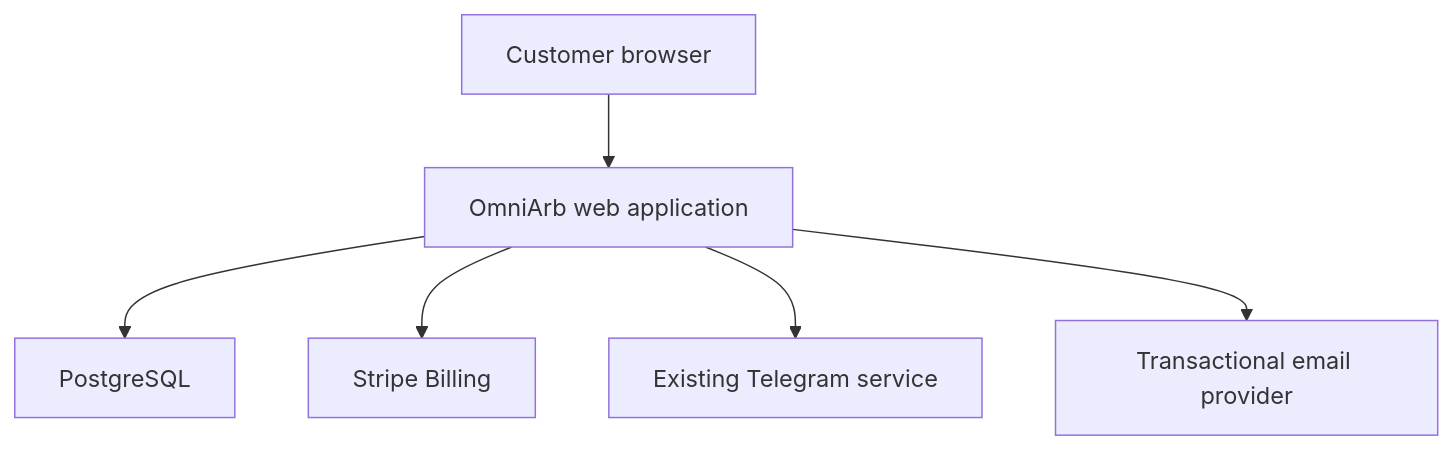
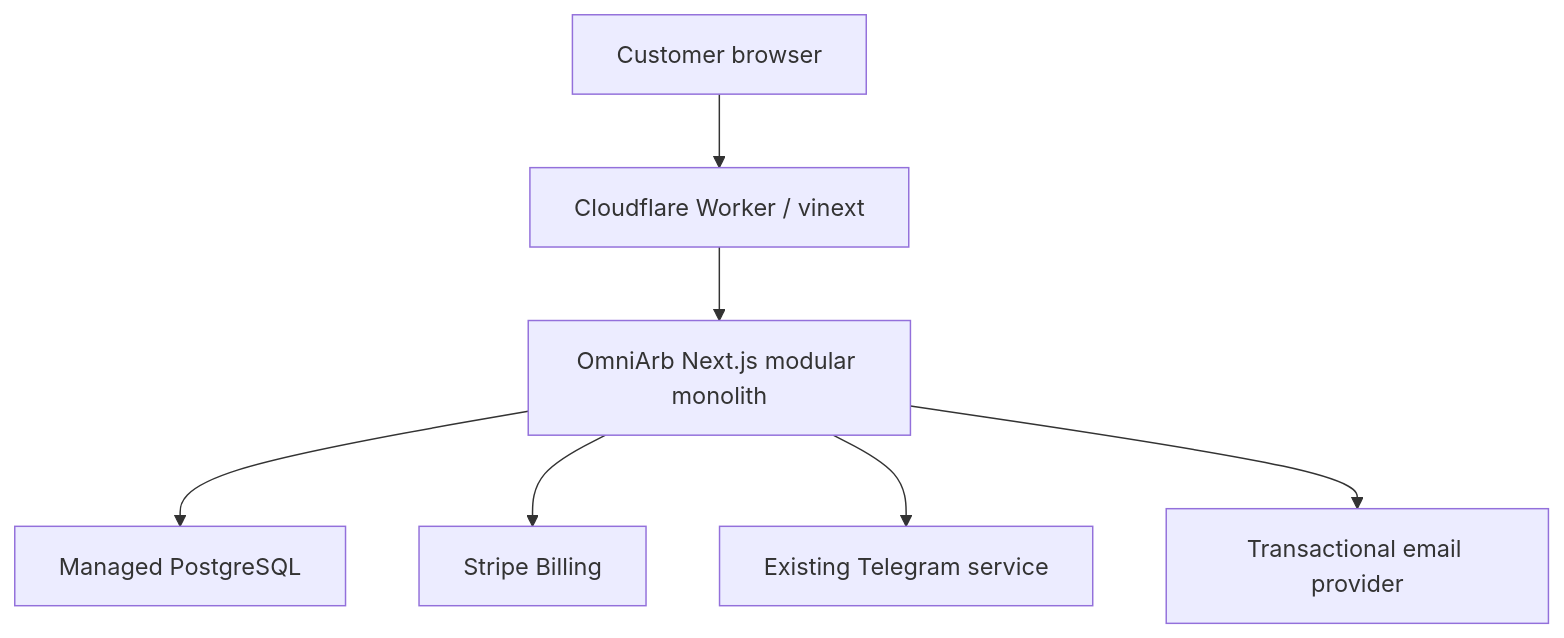
One commit to AleMidolo/OmniArb changed the first of 2 diagrams in docs/architecture.md. Above: the diagram before and after it, drawn with Mermaid. The commit also changed other lines of this file and 6 other files, not shown here.

First line of the commit message:
docs: migrate deployment architecture to Cloudflare Workers (#14)

````diff
--- a/docs/architecture.md
+++ b/docs/architecture.md
@@ -63,8 +75,9 @@
 ```mermaid
 flowchart TD
-    Browser["Customer browser"] --> App["OmniArb web application"]
-    App --> DB["PostgreSQL"]
+    Browser["Customer browser"] --> Worker["Cloudflare Worker / vinext"]
+    Worker --> App["OmniArb Next.js modular monolith"]
+    App --> DB["Managed PostgreSQL"]
     App --> Stripe["Stripe Billing"]
     App --> Telegram["Existing Telegram service"]
     App --> Email["Transactional email provider"]
 ```
````
